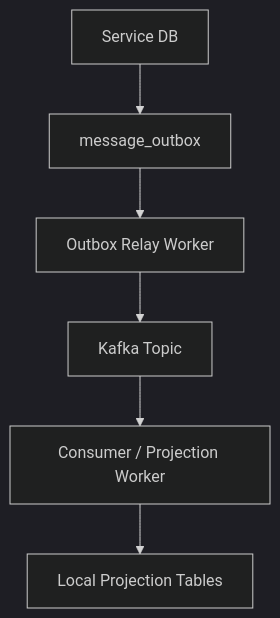
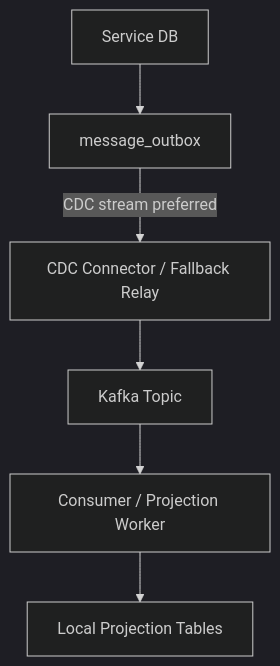
The third of 3 diagrams in docs/architecture/platform-runtime.md (tuannm99/podzone), drawn with Mermaid (dark theme) before and after one commit. The commit also changed other lines of this file and 15 other files, not shown here.

Commit message:
fix(vibe): cdc connect for outbox streaming

````diff
--- a/docs/architecture/platform-runtime.md
+++ b/docs/architecture/platform-runtime.md
@@ -74,15 +74,15 @@
 ```mermaid
 flowchart TB
     ServiceDB["Service DB"]
     Outbox["message_outbox"]
-    Relay["Outbox Relay Worker"]
+    Relay["CDC Connector / Fallback Relay"]
     Kafka["Kafka Topic"]
     Projection["Consumer / Projection Worker"]
     LocalReadModel["Local Projection Tables"]
 
     ServiceDB --> Outbox
-    Outbox --> Relay
+    Outbox -->|"CDC stream preferred"| Relay
     Relay --> Kafka
     Kafka --> Projection
     Projection --> LocalReadModel
 ```
````
